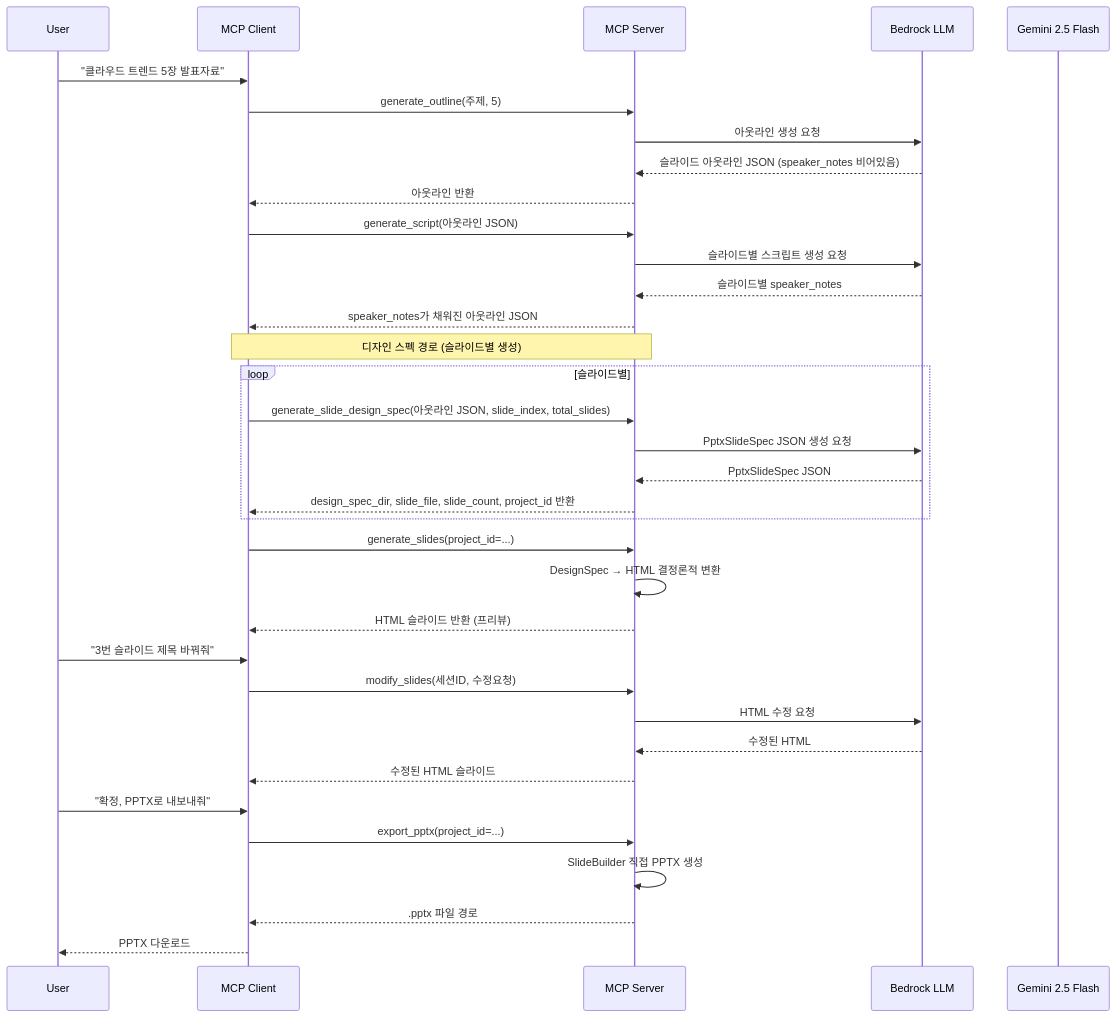
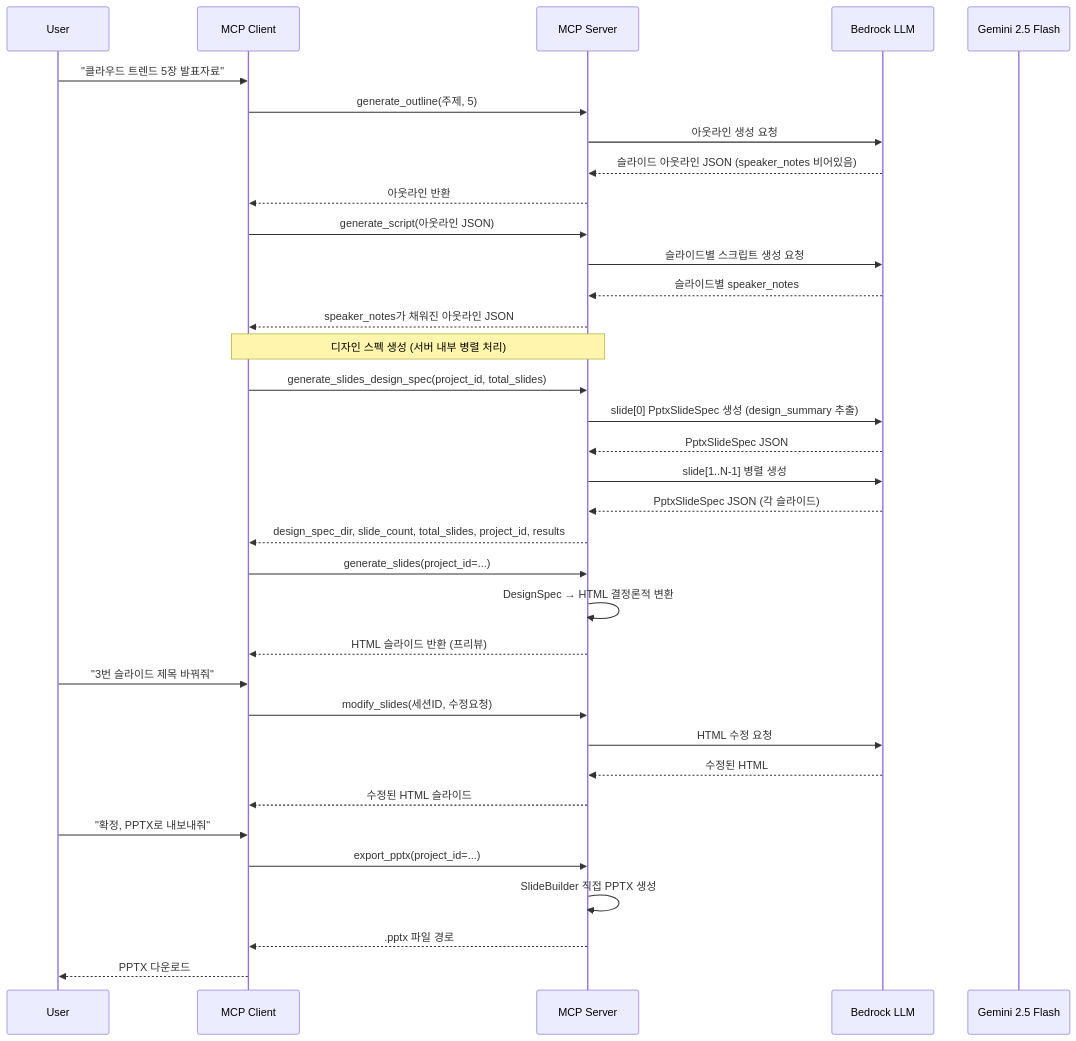
The third of 3 diagrams in docs/ppt-generator.alps.md (haandol/ppt-generator), drawn with Mermaid before and after one commit. The commit also changed other lines of this file and 10 other files, not shown here.

Commit message:
refactor(design): simplify design spec generation

````diff
--- a/docs/ppt-generator.alps.md
+++ b/docs/ppt-generator.alps.md
@@ -168,43 +168,43 @@
 ```mermaid
 sequenceDiagram
     participant User
     participant MCPClient as MCP Client
     participant MCPServer as MCP Server
     participant Bedrock as Bedrock LLM
     participant Gemini as Gemini 2.5 Flash
 
     User->>MCPClient: "클라우드 트렌드 5장 발표자료"
     MCPClient->>MCPServer: generate_outline(주제, 5)
     MCPServer->>Bedrock: 아웃라인 생성 요청
     Bedrock-->>MCPServer: 슬라이드 아웃라인 JSON (speaker_notes 비어있음)
     MCPServer-->>MCPClient: 아웃라인 반환
 
     MCPClient->>MCPServer: generate_script(아웃라인 JSON)
     MCPServer->>Bedrock: 슬라이드별 스크립트 생성 요청
     Bedrock-->>MCPServer: 슬라이드별 speaker_notes
     MCPServer-->>MCPClient: speaker_notes가 채워진 아웃라인 JSON
 
-    Note over MCPClient,MCPServer: 디자인 스펙 경로 (슬라이드별 생성)
-    loop 슬라이드별
-        MCPClient->>MCPServer: generate_slide_design_spec(아웃라인 JSON, slide_index, total_slides)
-        MCPServer->>Bedrock: PptxSlideSpec JSON 생성 요청
-        Bedrock-->>MCPServer: PptxSlideSpec JSON
-        MCPServer-->>MCPClient: design_spec_dir, slide_file, slide_count, project_id 반환
-    end
+    Note over MCPClient,MCPServer: 디자인 스펙 생성 (서버 내부 병렬 처리)
+    MCPClient->>MCPServer: generate_slides_design_spec(project_id, total_slides)
+    MCPServer->>Bedrock: slide[0] PptxSlideSpec 생성 (design_summary 추출)
+    Bedrock-->>MCPServer: PptxSlideSpec JSON
+    MCPServer->>Bedrock: slide[1..N-1] 병렬 생성
+    Bedrock-->>MCPServer: PptxSlideSpec JSON (각 슬라이드)
+    MCPServer-->>MCPClient: design_spec_dir, slide_count, total_slides, project_id, results
 
     MCPClient->>MCPServer: generate_slides(project_id=...)
     MCPServer->>MCPServer: DesignSpec → HTML 결정론적 변환
     MCPServer-->>MCPClient: HTML 슬라이드 반환 (프리뷰)
 
     User->>MCPClient: "3번 슬라이드 제목 바꿔줘"
     MCPClient->>MCPServer: modify_slides(세션ID, 수정요청)
     MCPServer->>Bedrock: HTML 수정 요청
     Bedrock-->>MCPServer: 수정된 HTML
     MCPServer-->>MCPClient: 수정된 HTML 슬라이드
 
     User->>MCPClient: "확정, PPTX로 내보내줘"
     MCPClient->>MCPServer: export_pptx(project_id=...)
     MCPServer->>MCPServer: SlideBuilder 직접 PPTX 생성
     MCPServer-->>MCPClient: .pptx 파일 경로
     MCPClient-->>User: PPTX 다운로드
 ```
````
